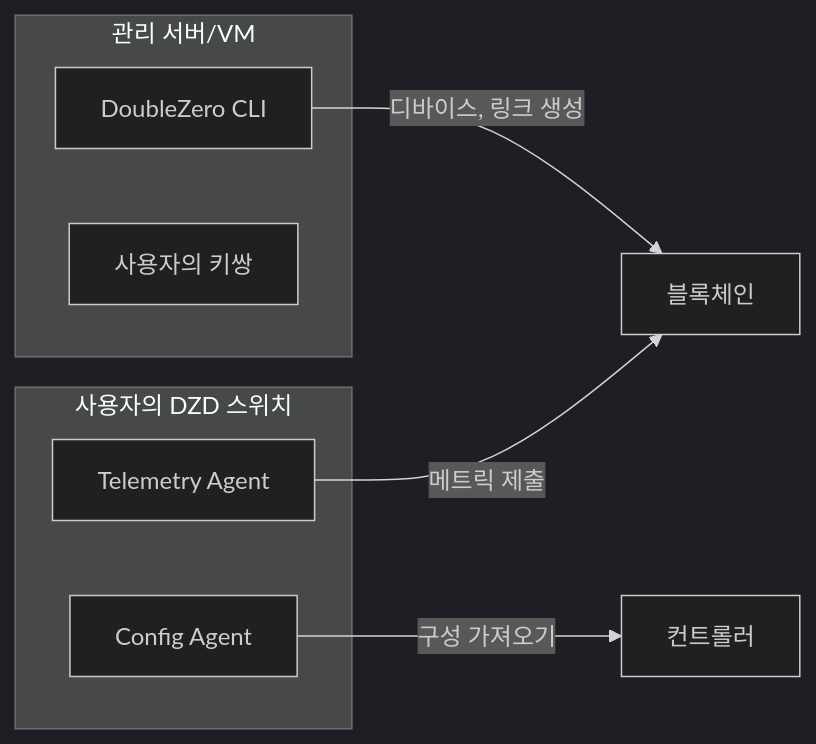
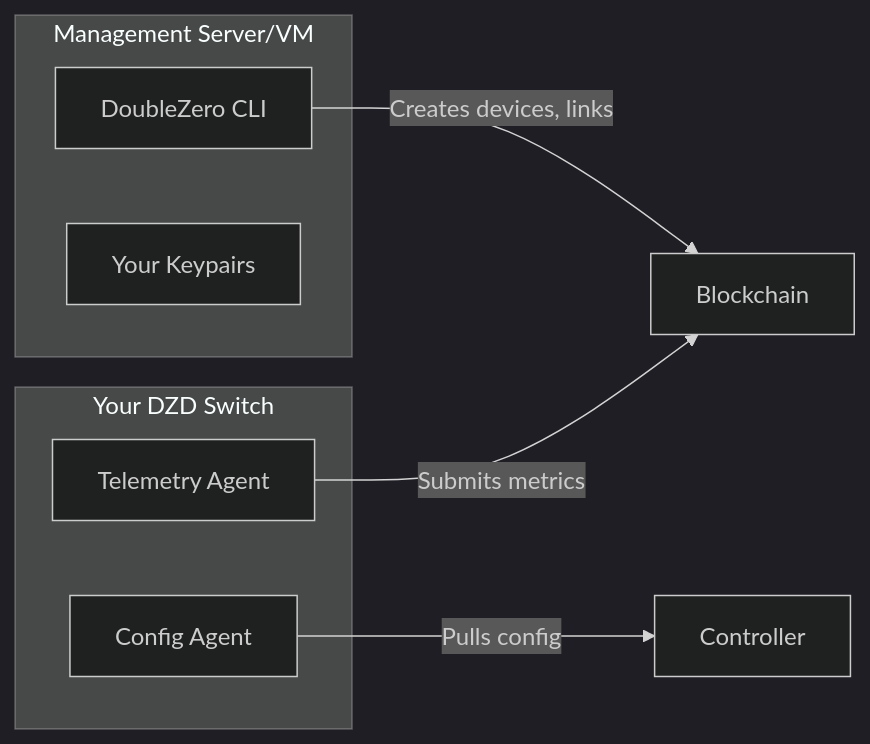
The third of 13 diagrams in docs/contribute-provisioning.ko.md (malbeclabs/docs), drawn with Mermaid (dark theme) before and after one commit. The commit also changed other lines of this file and 130 other files, not shown here.

````diff
--- a/docs/contribute-provisioning.ko.md
+++ b/docs/contribute-provisioning.ko.md
@@ -173,16 +173,16 @@
     ```mermaid
     flowchart LR
-        subgraph "관리 서버/VM"
+        subgraph "Management Server/VM"
             CLI[DoubleZero CLI]
-            KEYS[사용자의 키쌍]
+            KEYS[Your Keypairs]
         end
 
-        subgraph "사용자의 DZD 스위치"
+        subgraph "Your DZD Switch"
             CA[Config Agent]
             TA[Telemetry Agent]
         end
 
-        CLI -->|디바이스, 링크 생성| BC[블록체인]
-        CA -->|구성 가져오기| CTRL[컨트롤러]
-        TA -->|메트릭 제출| BC
+        CLI -->|Creates devices, links| BC[Blockchain]
+        CA -->|Pulls config| CTRL[Controller]
+        TA -->|Submits metrics| BC
     ```
````
